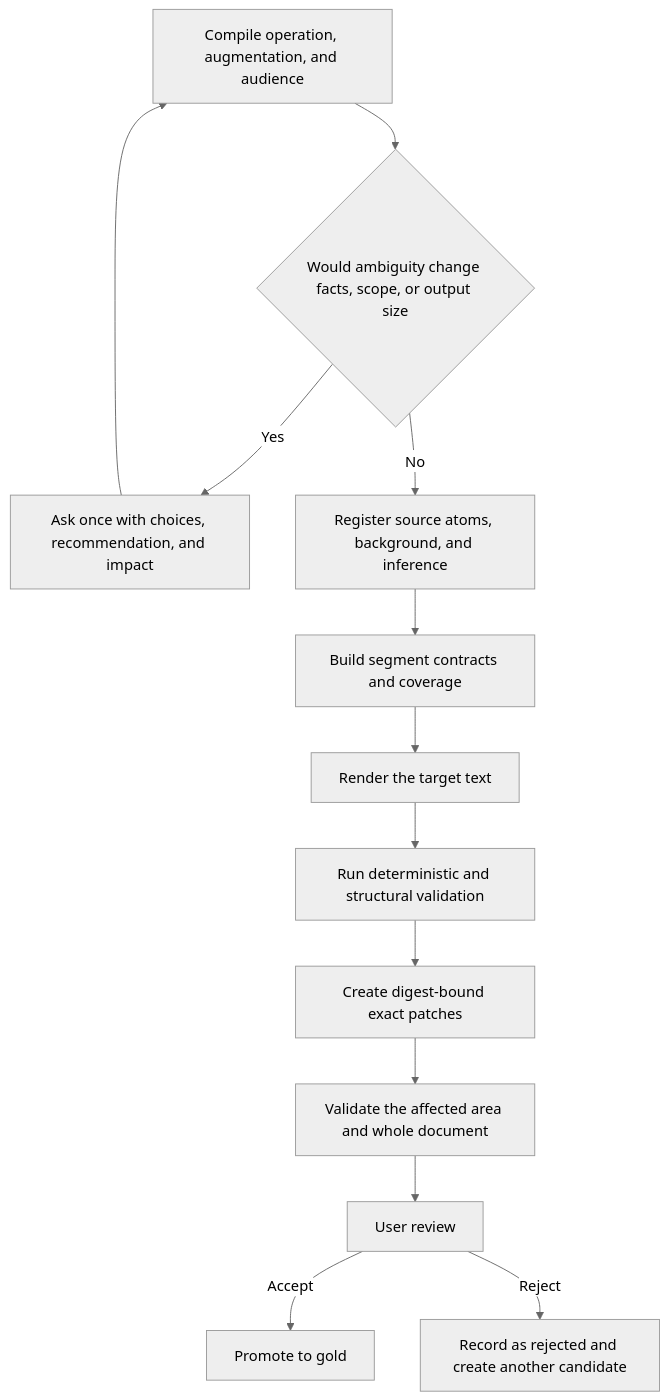
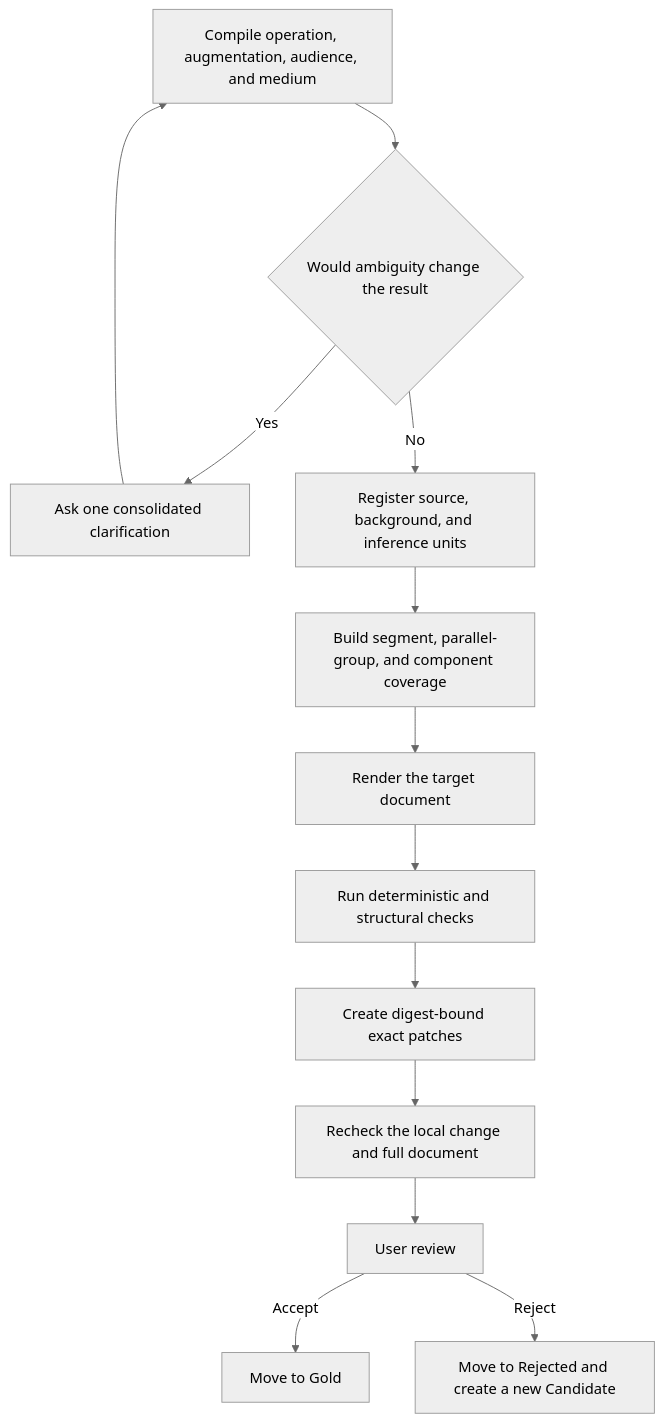
One commit to AIALRA-0/agent-human-readable-technical-writing changed the diagram in README.en.md. Above: the diagram before and after it, drawn with Mermaid (neutral theme). The commit also changed other lines of this file and 72 other files, not shown here.

````diff
--- a/README.en.md
+++ b/README.en.md
@@ -38,15 +33,15 @@
 ```mermaid
 flowchart TD
-    A[Compile operation, augmentation, and audience] --> B{Would ambiguity change facts, scope, or output size}
-    B -->|Yes| C[Ask once with choices, recommendation, and impact]
+    A[Compile operation, augmentation, audience, and medium] --> B{Would ambiguity change the result}
+    B -->|Yes| C[Ask one consolidated clarification]
     C --> A
-    B -->|No| D[Register source atoms, background, and inference]
-    D --> E[Build segment contracts and coverage]
-    E --> F[Render the target text]
-    F --> G[Run deterministic and structural validation]
+    B -->|No| D[Register source, background, and inference units]
+    D --> E[Build segment, parallel-group, and component coverage]
+    E --> F[Render the target document]
+    F --> G[Run deterministic and structural checks]
     G --> H[Create digest-bound exact patches]
-    H --> I[Validate the affected area and whole document]
+    H --> I[Recheck the local change and full document]
     I --> J[User review]
-    J -->|Accept| K[Promote to gold]
-    J -->|Reject| L[Record as rejected and create another candidate]
+    J -->|Accept| K[Move to Gold]
+    J -->|Reject| L[Move to Rejected and create a new Candidate]
 ```
````
